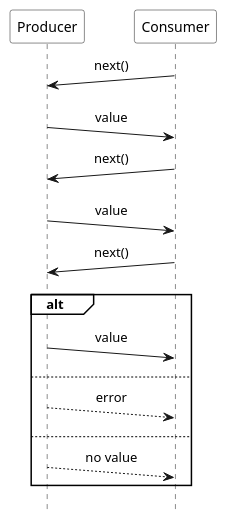
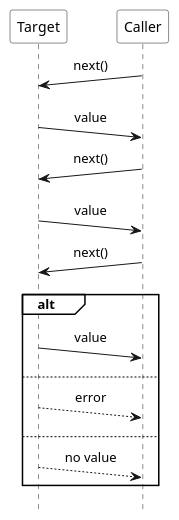
Before and after one commit to ti-cortex-m4/demo-java-reactive-streams-old: the diagram in images/pattern_Iterator.puml, drawn with PlantUML. The commit also changed 1 other file, not shown here.

```diff
--- a/images/pattern_Iterator.puml
+++ b/images/pattern_Iterator.puml
@@ -1,34 +1,34 @@
 @startuml
 
 scale 1.0
 hide footbox
 
 !pragma teoz true
 
 skinparam monochrome true
 skinparam defaultFontName Source Sans Pro
 skinparam sequenceMessageAlign center
 skinparam participantBackgroundColor #white
 skinparam noteBackgroundColor #white
 skinparam sequenceGroupBackgroundColor #white
 skinparam participantPadding 20
 
-participant Producer
-participant Consumer
+participant Target
+participant Caller
 
-Consumer ->(10) Producer : next()
-Producer ->(10) Consumer : value
+Caller ->(10) Target : next()
+Target ->(10) Caller : value
 
-Consumer ->(10) Producer : next()
-Producer ->(10) Consumer : value
+Caller ->(10) Target : next()
+Target ->(10) Caller : value
 
-Consumer ->(10) Producer : next()
+Caller ->(10) Target : next()
 alt
-Producer ->(10) Consumer : value
+Target ->(10) Caller : value
 else
-Producer -->(10) Consumer : error
+Target -->(10) Caller : error
 else
-Producer -->(10) Consumer : no value
+Target -->(10) Caller : no value
 end
 
 @enduml
```
